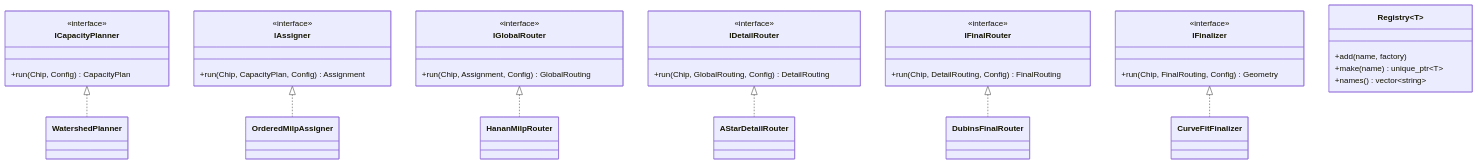
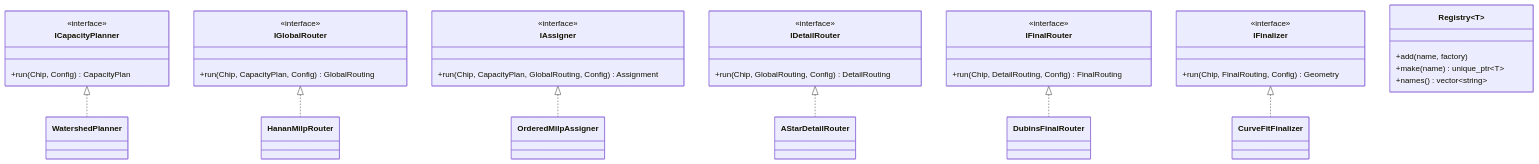
One commit to munich-quantum-toolkit/scpd changed the fourth of 5 diagrams in ARCHITECTURE.md. Above: the diagram before and after it, drawn with Mermaid. The commit also changed other lines of this file and 235 other files, not shown here.

````diff
--- a/ARCHITECTURE.md
+++ b/ARCHITECTURE.md
@@ -174,39 +175,39 @@
 ```mermaid
 classDiagram
   class ICapacityPlanner {
     <<interface>>
     +run(Chip, Config) CapacityPlan
   }
+  class IGlobalRouter {
+    <<interface>>
+    +run(Chip, CapacityPlan, Config) GlobalRouting
+  }
   class IAssigner {
     <<interface>>
-    +run(Chip, CapacityPlan, Config) Assignment
-  }
-  class IGlobalRouter {
-    <<interface>>
-    +run(Chip, Assignment, Config) GlobalRouting
+    +run(Chip, CapacityPlan, GlobalRouting, Config) Assignment
   }
   class IDetailRouter {
     <<interface>>
     +run(Chip, GlobalRouting, Config) DetailRouting
   }
   class IFinalRouter {
     <<interface>>
     +run(Chip, DetailRouting, Config) FinalRouting
   }
   class IFinalizer {
     <<interface>>
     +run(Chip, FinalRouting, Config) Geometry
   }
   class Registry~T~ {
     +add(name, factory)
     +make(name) unique_ptr~T~
     +names() vector~string~
   }
 
   ICapacityPlanner <|.. WatershedPlanner
+  IGlobalRouter <|.. HananMilpRouter
   IAssigner <|.. OrderedMilpAssigner
-  IGlobalRouter <|.. HananMilpRouter
   IDetailRouter <|.. AStarDetailRouter
   IFinalRouter <|.. DubinsFinalRouter
   IFinalizer <|.. CurveFitFinalizer
 ```
````
